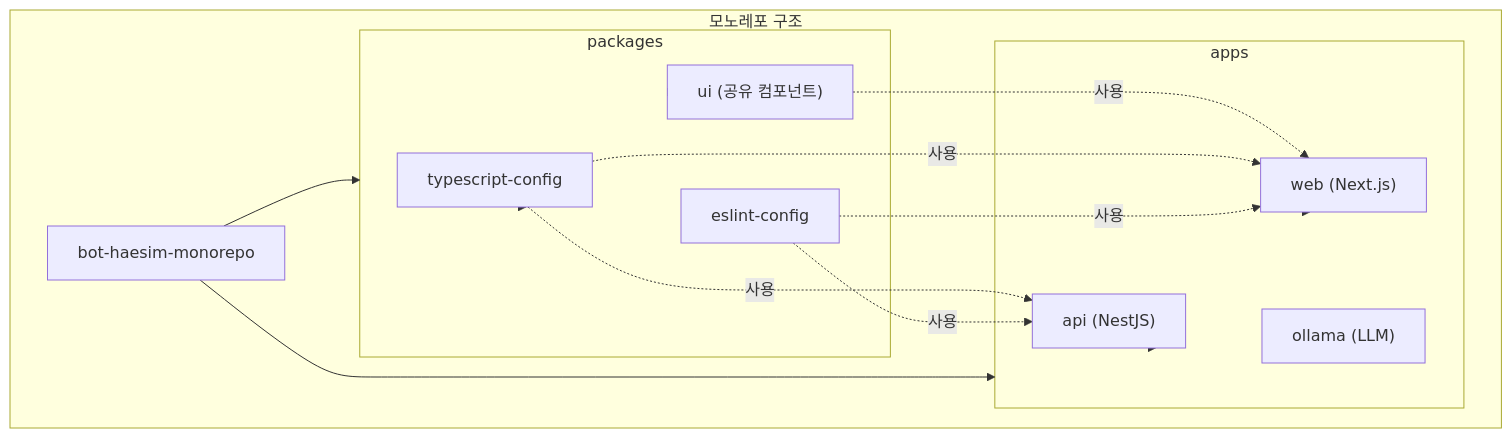
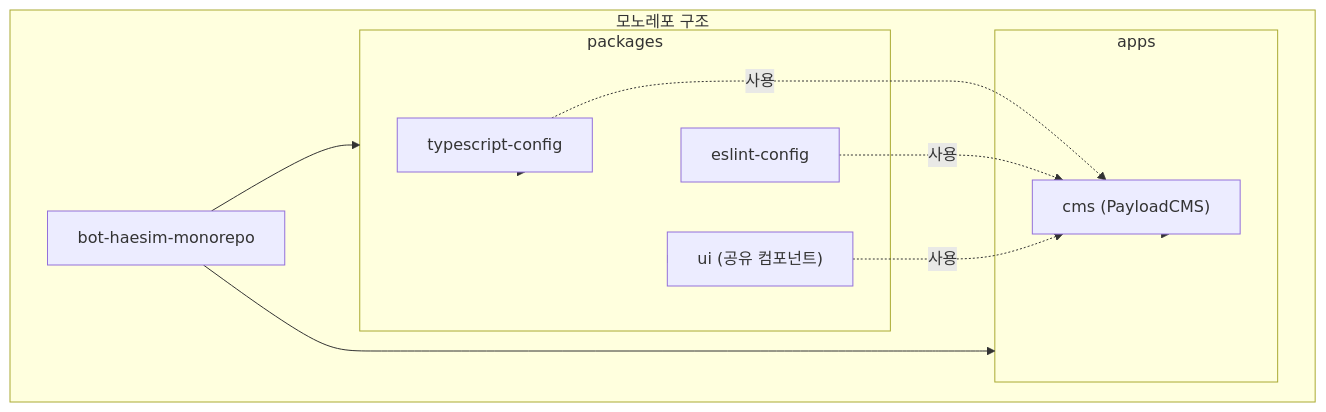
The third of 4 diagrams in README.md (HaeSim/bot-haesim-monorepo), drawn with Mermaid before and after one commit. The commit also changed other lines of this file and 176 other files, not shown here.

Commit message:
GitHub Actions 워크플로우 파일 수정: 직접 명령어로 PayloadCMS 배포 구성

````diff
--- a/README.md
+++ b/README.md
@@ -87,35 +77,29 @@
 ```mermaid
 graph TD
     subgraph "모노레포 구조"
         ROOT["bot-haesim-monorepo"]
 
         subgraph "apps"
-            API["api (NestJS)"]
-            WEB["web (Next.js)"]
-            OLLAMA["ollama (LLM)"]
+            CMS["cms (PayloadCMS)"]
         end
 
         subgraph "packages"
             CONFIG["typescript-config"]
             ESLINT["eslint-config"]
             UI["ui (공유 컴포넌트)"]
         end
 
         ROOT --> apps
         ROOT --> packages
 
-        apps --> API
-        apps --> WEB
-        apps --> OLLAMA
+        apps --> CMS
 
         packages --> CONFIG
         packages --> ESLINT
         packages --> UI
 
-        UI -.->|사용| WEB
-        CONFIG -.->|사용| API
-        CONFIG -.->|사용| WEB
-        ESLINT -.->|사용| API
-        ESLINT -.->|사용| WEB
+        CONFIG -.->|사용| CMS
+        ESLINT -.->|사용| CMS
+        UI -.->|사용| CMS
     end
 ```
````
